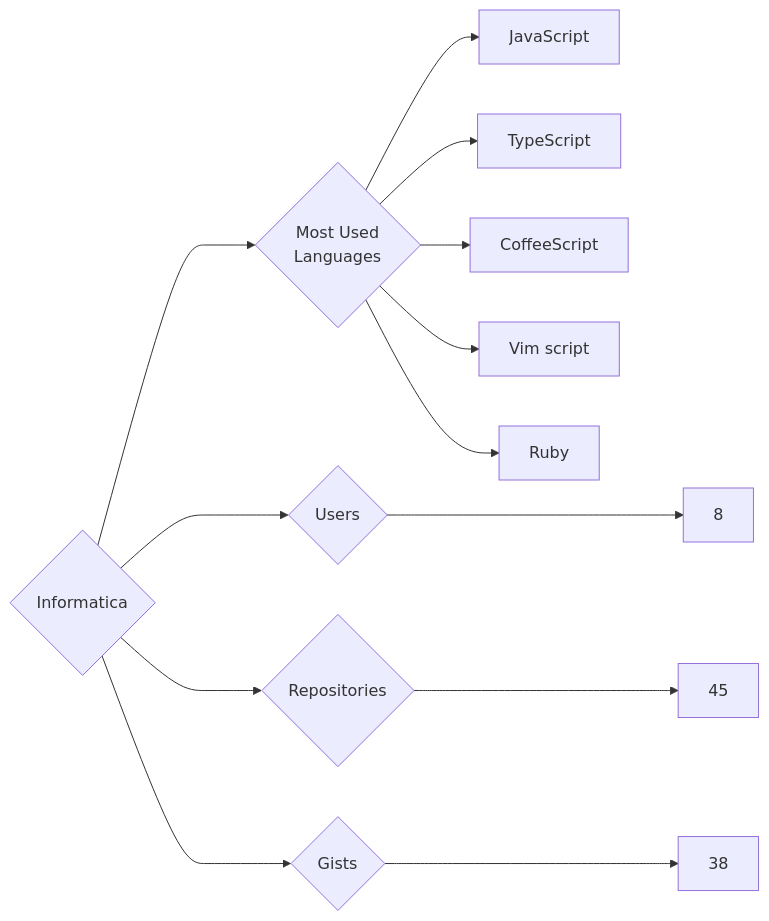
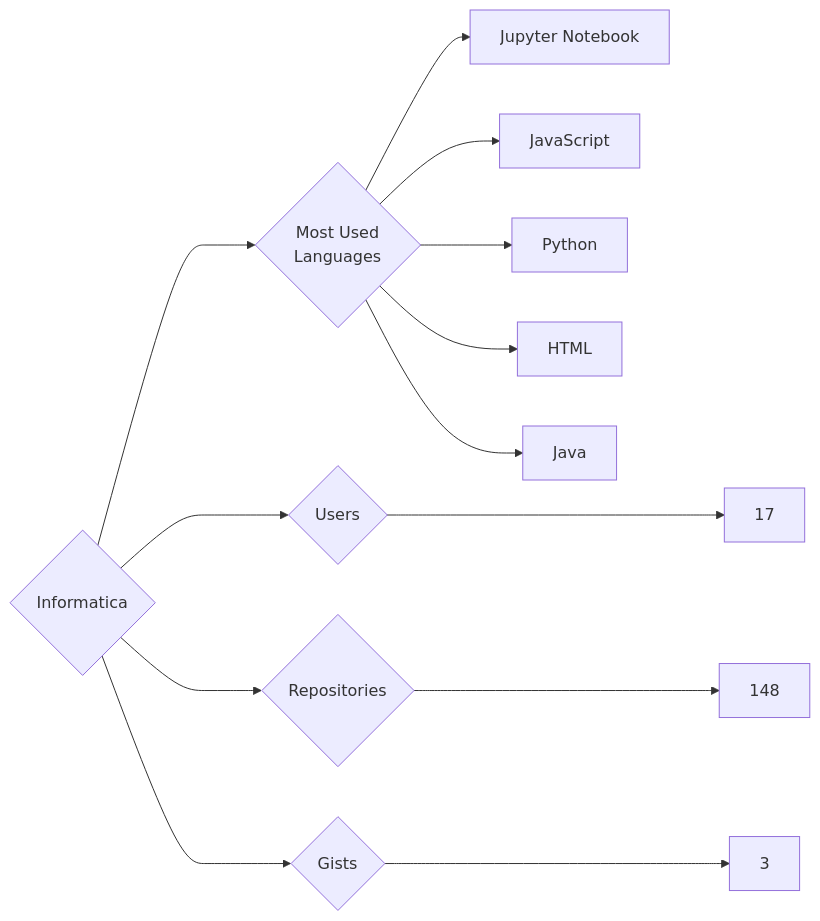
The diagram in targets/Informatica/README.md (trickest/insiders), drawn with Mermaid before and after one commit. The commit also changed 924 other files, not shown here.

````diff
--- a/targets/Informatica/README.md
+++ b/targets/Informatica/README.md
@@ -3,13 +3,13 @@
 ```mermaid
 graph LR
 COMPANY_NAME{Informatica}
-COMPANY_NAME ---> U{Users} ---> UN[8]
-COMPANY_NAME ---> R{Repositories} ---> RN[45]
-COMPANY_NAME ---> G{Gists} ---> GN[38]
+COMPANY_NAME ---> U{Users} ---> UN[17]
+COMPANY_NAME ---> R{Repositories} ---> RN[148]
+COMPANY_NAME ---> G{Gists} ---> GN[3]
 COMPANY_NAME ---> ML{Most Used<br>Languages}
+ML --> Jupyter_Notebook[Jupyter Notebook]
 ML --> JavaScript[JavaScript]
-ML --> TypeScript[TypeScript]
-ML --> CoffeeScript[CoffeeScript]
-ML --> Vim_script[Vim script]
-ML --> Ruby[Ruby]
+ML --> Python[Python]
+ML --> HTML[HTML]
+ML --> Java[Java]
 ```
````
